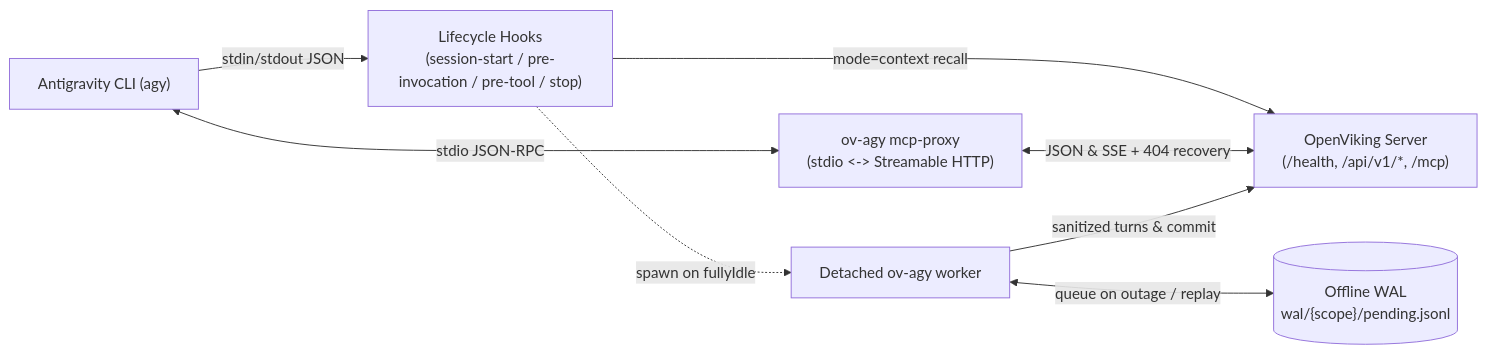
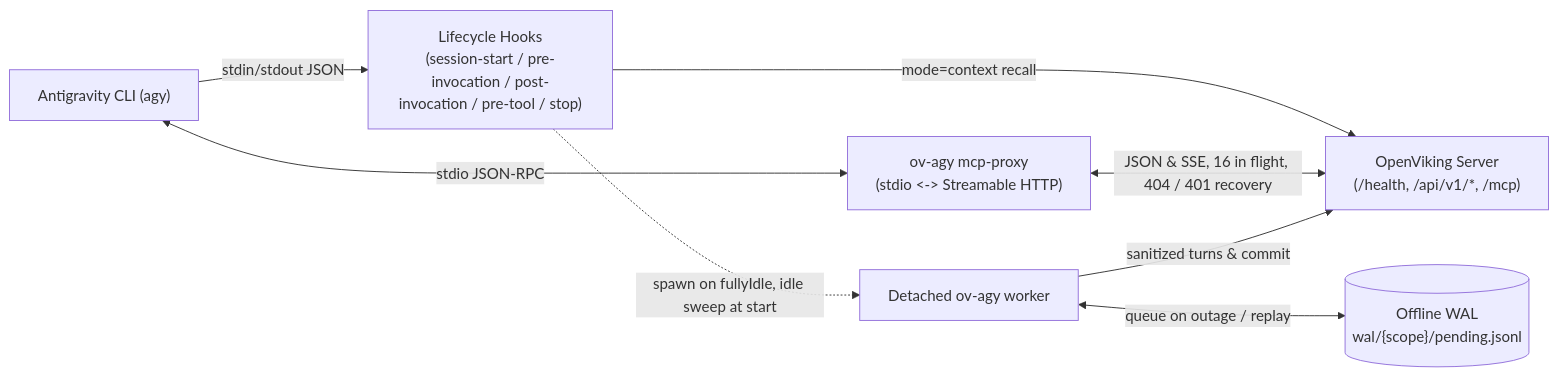
Before and after one commit to JamCh01/agy-openviking: the diagram in README.md, drawn with Mermaid. The commit also changed other lines of this file and 41 other files, not shown here.

````diff
--- a/README.md
+++ b/README.md
@@ -56,17 +59,17 @@
 ```mermaid
 flowchart LR
     AGY["Antigravity CLI (agy)"]
-    HOOKS["Lifecycle Hooks\n(session-start / pre-invocation / pre-tool / stop)"]
+    HOOKS["Lifecycle Hooks\n(session-start / pre-invocation / post-invocation / pre-tool / stop)"]
     MCP["ov-agy mcp-proxy\n(stdio <-> Streamable HTTP)"]
     WORKER["Detached ov-agy worker"]
     WAL[("Offline WAL\nwal/{scope}/pending.jsonl")]
     OV["OpenViking Server\n(/health, /api/v1/*, /mcp)"]
 
     AGY -->|"stdin/stdout JSON"| HOOKS
     AGY <-->|"stdio JSON-RPC"| MCP
     HOOKS -->|"mode=context recall"| OV
-    HOOKS -.->|"spawn on fullyIdle"| WORKER
-    MCP <-->|"JSON & SSE + 404 recovery"| OV
+    HOOKS -.->|"spawn on fullyIdle, idle sweep at start"| WORKER
+    MCP <-->|"JSON & SSE, 16 in flight, 404 / 401 recovery"| OV
     WORKER -->|"sanitized turns & commit"| OV
     WORKER <-->|"queue on outage / replay"| WAL
 ```
````
